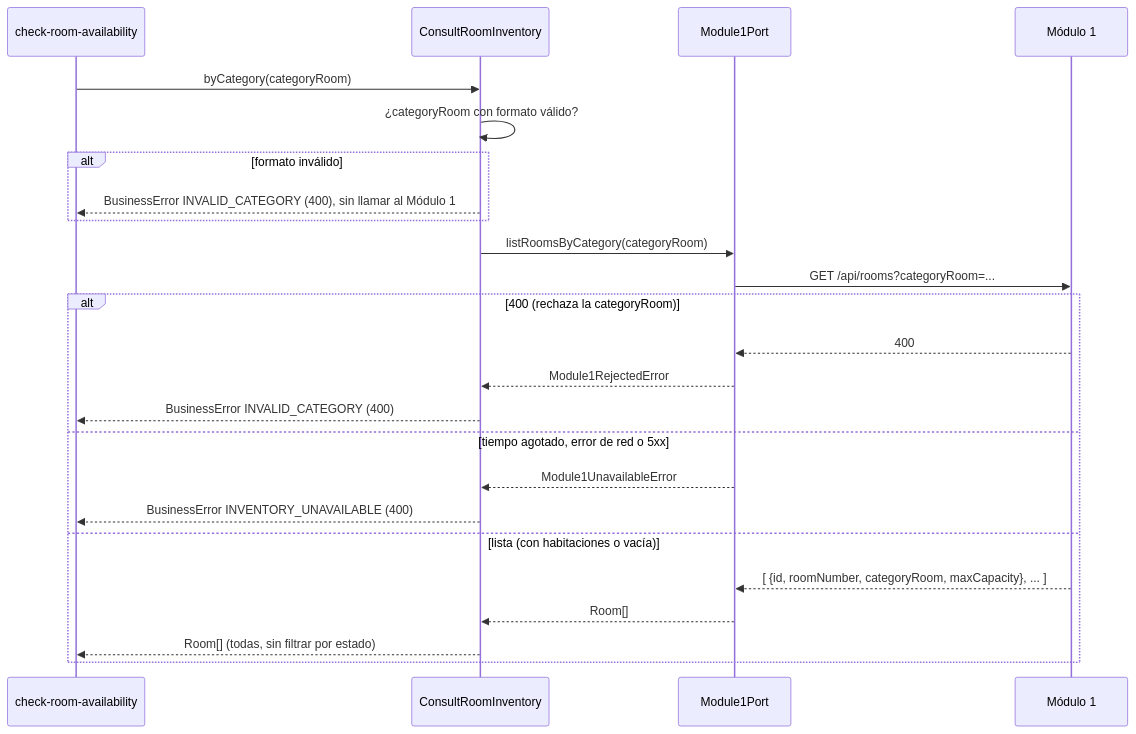
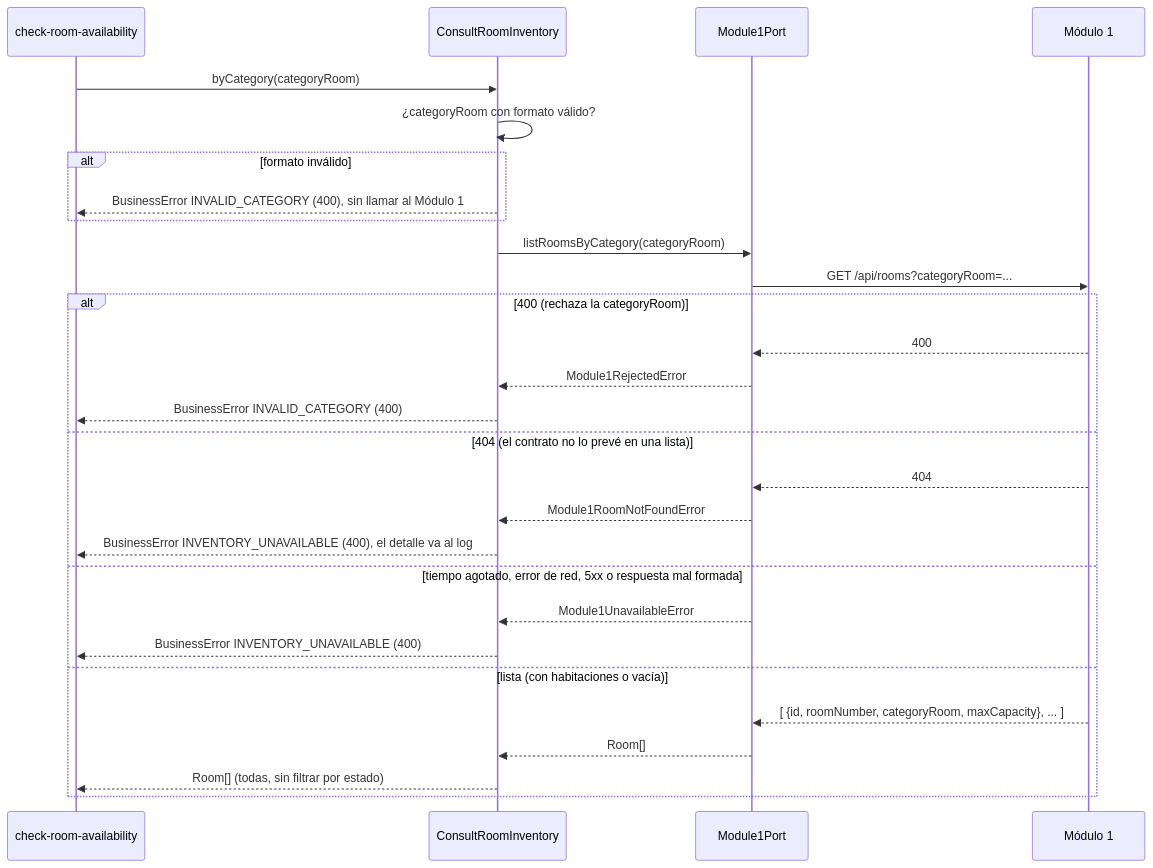
Before and after one commit to Lapicero312-lapi/HOSPITUA-MOD-2: the second of 3 diagrams in specs/consult-room-inventory/plan.md, drawn with Mermaid. The commit also changed other lines of this file, not shown here.

Commit message:
docs(specs): D1 y D2 muestran la respuesta mal formada y D2 el 404 como INVENTORY_UNAVAILABLE (tarea #47)
En D1 y D2, la rama del Módulo 1 que no responde suma la respuesta mal formada, como ya dice la tabla
de errores. D2 suma el 404 del Módulo 1 a la consulta por categoría: el contrato no lo prevé en una
lista (una categoría sin habitaciones devuelve una lista vacía), así que es una respuesta fuera del
contrato y da INVENTORY_UNAVAILABLE con el detalle en el log. "Pruebas por escenario" suma la fila de
datos de T007.

Claude-Session: https://claude.ai/code/session_01Neu5RhQBiJXvczpe6oHo6S

````diff
--- a/specs/consult-room-inventory/plan.md
+++ b/specs/consult-room-inventory/plan.md
@@ -190,27 +190,31 @@
 ```mermaid
 sequenceDiagram
     participant V as check-room-availability
     participant U as ConsultRoomInventory
     participant P as Module1Port
     participant M1 as Módulo 1
 
     V->>U: byCategory(categoryRoom)
     U->>U: ¿categoryRoom con formato válido?
     alt formato inválido
         U-->>V: BusinessError INVALID_CATEGORY (400), sin llamar al Módulo 1
     end
     U->>P: listRoomsByCategory(categoryRoom)
     P->>M1: GET /api/rooms?categoryRoom=...
     alt 400 (rechaza la categoryRoom)
         M1-->>P: 400
         P-->>U: Module1RejectedError
         U-->>V: BusinessError INVALID_CATEGORY (400)
-    else tiempo agotado, error de red o 5xx
+    else 404 (el contrato no lo prevé en una lista)
+        M1-->>P: 404
+        P-->>U: Module1RoomNotFoundError
+        U-->>V: BusinessError INVENTORY_UNAVAILABLE (400), el detalle va al log
+    else tiempo agotado, error de red, 5xx o respuesta mal formada
         P-->>U: Module1UnavailableError
         U-->>V: BusinessError INVENTORY_UNAVAILABLE (400)
     else lista (con habitaciones o vacía)
         M1-->>P: [ {id, roomNumber, categoryRoom, maxCapacity}, ... ]
         P-->>U: Room[]
         U-->>V: Room[] (todas, sin filtrar por estado)
     end
 ```
````
